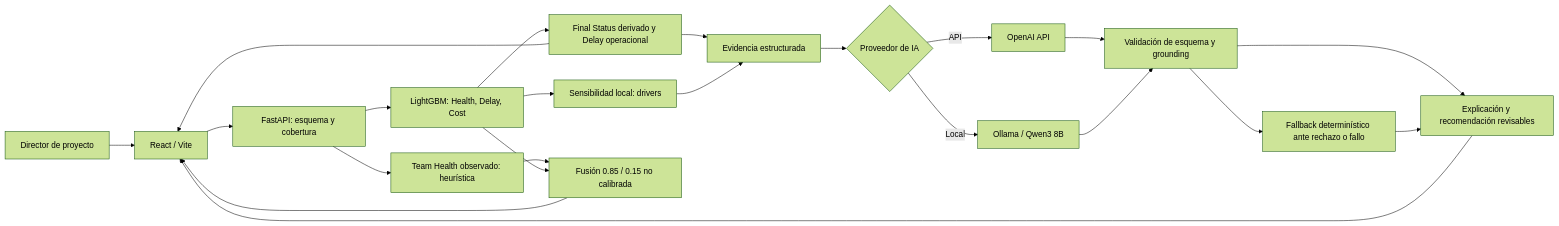
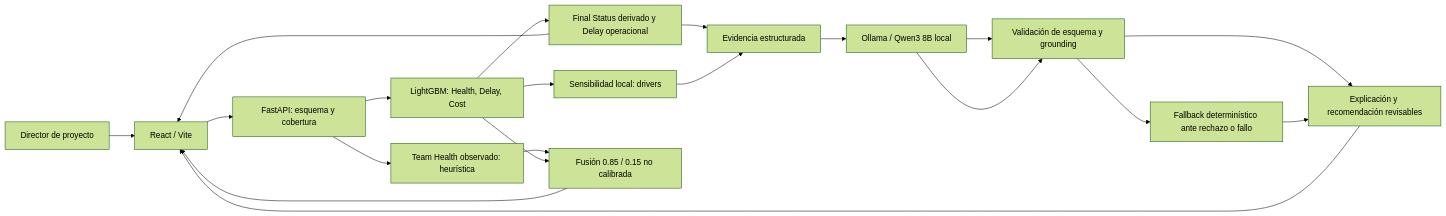
The diagram in docs/INFORME_FINAL.md (heiandavi-boop/tallerfina3), drawn with Mermaid (forest theme) before and after one commit. The commit also changed other lines of this file and 48 other files, not shown here.

First line of the commit message:
refactor: leave PRUNIN AI Core with Ollama-only local inference (#8)

````diff
--- a/docs/INFORME_FINAL.md
+++ b/docs/INFORME_FINAL.md
@@ -56,24 +56,22 @@
 ```mermaid
 flowchart LR
   U[Director de proyecto] --> R[React / Vite]
   R --> A[FastAPI: esquema y cobertura]
   A --> L[LightGBM: Health, Delay, Cost]
   L --> O[Final Status derivado y Delay operacional]
   A --> T[Team Health observado: heurística]
   L --> D[Sensibilidad local: drivers]
   T --> F[Fusión 0.85 / 0.15 no calibrada]
   L --> F
   O --> E[Evidencia estructurada]
   D --> E
-  E --> S{Proveedor de IA}
-  S -->|Local| Q[Ollama / Qwen3 8B]
-  S -->|API| G[OpenAI API]
-  G --> V[Validación de esquema y grounding]
+  E --> Q[Ollama / Qwen3 8B local]
+  Q --> V[Validación de esquema y grounding]
   Q --> V[Validación de esquema y grounding]
   V --> X[Explicación y recomendación revisables]
   V --> B[Fallback determinístico ante rechazo o fallo]
   B --> X
   O --> R
   F --> R
   X --> R
 ```
````
